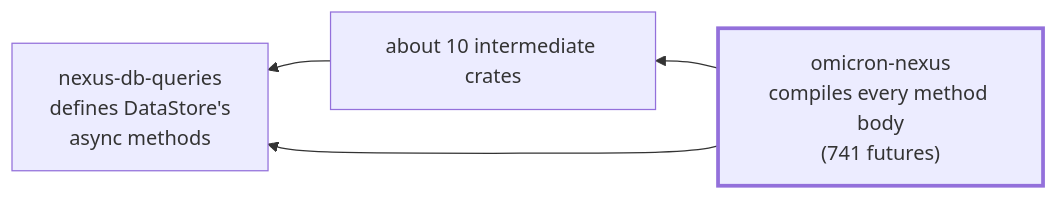
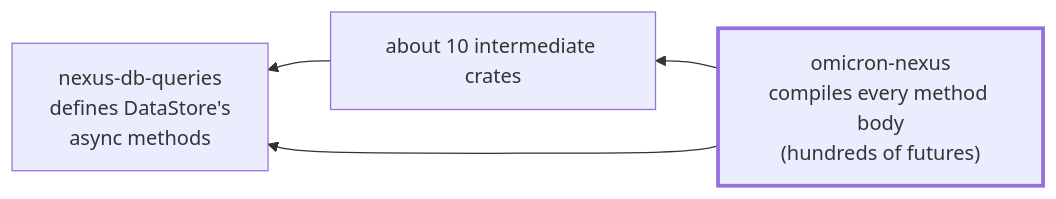
The diagram in crates/preinstantiate/crate-graph-without-shards.mmd (oxidecomputer/preinstantiate), drawn with Mermaid before and after one commit. The commit also changed 2 other files, not shown here.

```diff
--- a/crates/preinstantiate/crate-graph-without-shards.mmd
+++ b/crates/preinstantiate/crate-graph-without-shards.mmd
@@ -1,7 +1,7 @@
 flowchart RL
     store["nexus-db-queries<br/>defines DataStore's<br/>async methods"]
     mid["about 10 intermediate crates"]
-    nexus["omicron-nexus<br/>compiles every method body<br/>(741 futures)"]
+    nexus["omicron-nexus<br/>compiles every method body<br/>(hundreds of futures)"]
     nexus --> mid --> store
     nexus --> store
     style nexus stroke-width:3px
```
